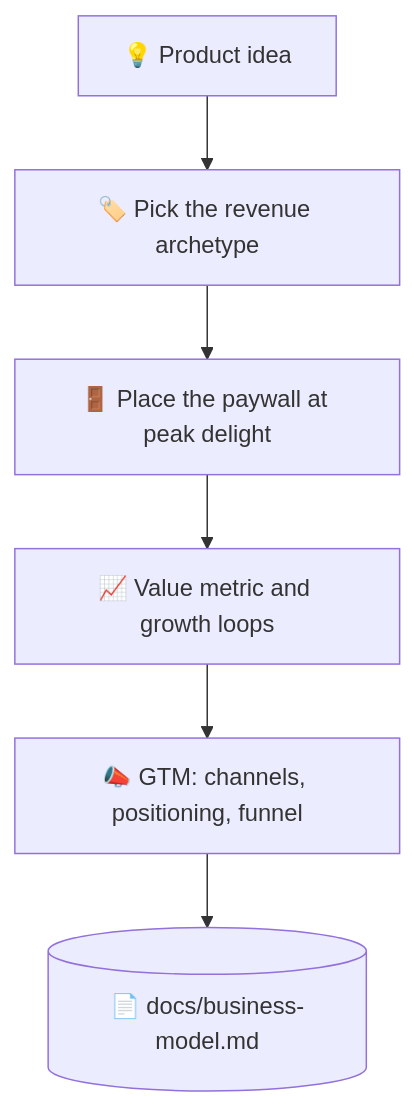
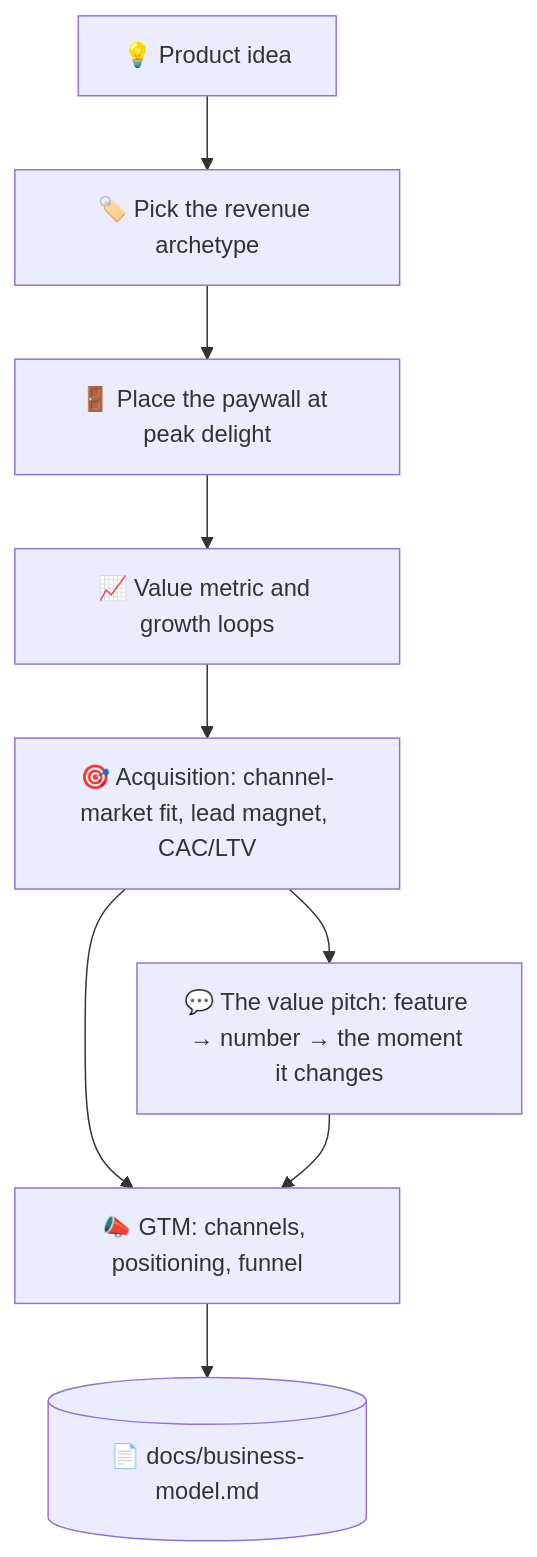
Before and after one commit to takaoumehara/superforge-skill: the diagram in skills/superforge-biz/README.md, drawn with Mermaid. The commit also changed other lines of this file and 15 other files, not shown here.

````diff
--- a/skills/superforge-biz/README.md
+++ b/skills/superforge-biz/README.md
@@ -23,8 +23,11 @@
 ```mermaid
 flowchart TD
     I[💡 Product idea] --> A[🏷️ Pick the revenue archetype]
     A --> B[🚪 Place the paywall at peak delight]
     B --> C[📈 Value metric and growth loops]
-    C --> D[📣 GTM: channels, positioning, funnel]
-    D --> E[(📄 docs/business-model.md)]
+    C --> D[🎯 Acquisition: channel-market fit, lead magnet, CAC/LTV]
+    D --> P[💬 The value pitch: feature → number → the moment it changes]
+    D --> E2[📣 GTM: channels, positioning, funnel]
+    P --> E2
+    E2 --> E[(📄 docs/business-model.md)]
 ```
````
